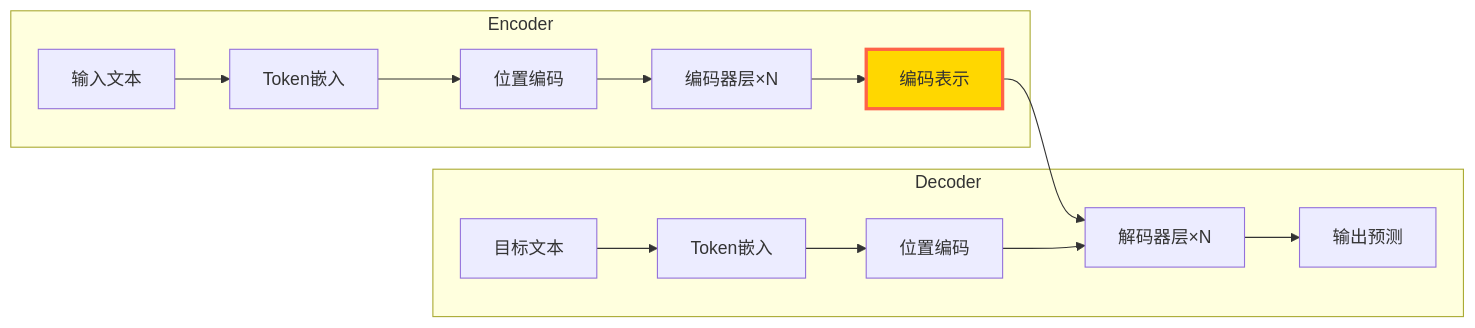
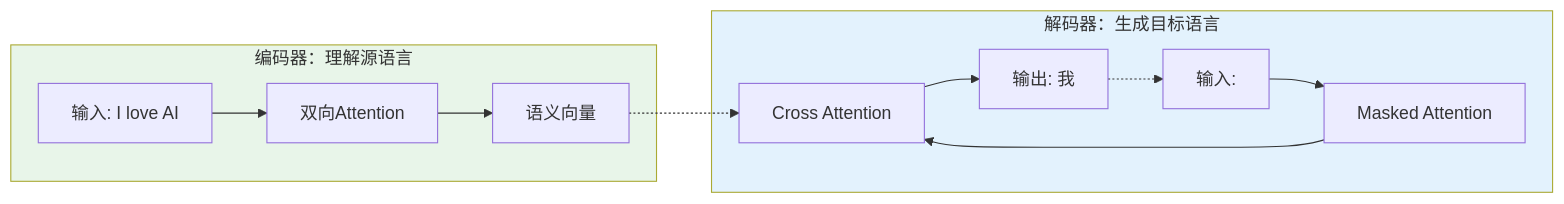
Before and after one commit to LordFoxFairy/NiKo-NoteBook: the second of 2 diagrams in 大模型笔记/第二部分：Transformer架构揭秘/第2章_模型家族谱系：从编码器到解码器.md, drawn with Mermaid. The commit also changed other lines of this file and 28 other files, not shown here.

````diff
--- a/大模型笔记/第二部分：Transformer架构揭秘/第2章_模型家族谱系：从编码器到解码器.md
+++ b/大模型笔记/第二部分：Transformer架构揭秘/第2章_模型家族谱系：从编码器到解码器.md
@@ -35,19 +68,18 @@
 ```mermaid
 graph LR
-    subgraph Encoder
-    A[输入文本] --> B[Token嵌入]
-    B --> C[位置编码]
-    C --> D[编码器层×N]
-    D --> E[编码表示]
+    subgraph Encoder[编码器：理解源语言]
+    A[输入: I love AI] --> B[双向Attention]
+    B --> C[语义向量]
     end
 
-    subgraph Decoder
-    E --> F[解码器层×N]
-    G[目标文本] --> H[Token嵌入]
-    H --> I[位置编码]
-    I --> F
-    F --> J[输出预测]
+    subgraph Decoder[解码器：生成目标语言]
+    D[输入: <start>] --> E[Masked Attention]
+    E --> F[Cross Attention]
+    C -.-> F
+    F --> G[输出: 我]
+    G -.-> D
     end
 
-    style E fill:#FFD700,stroke:#FF6347,stroke-width:3px
+    style Encoder fill:#E8F5E9
+    style Decoder fill:#E3F2FD
 ```
````
